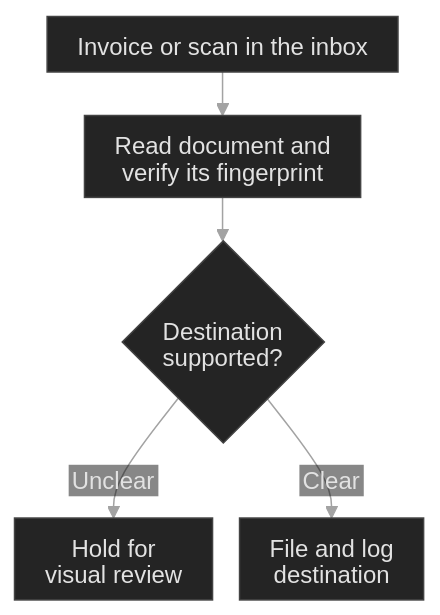
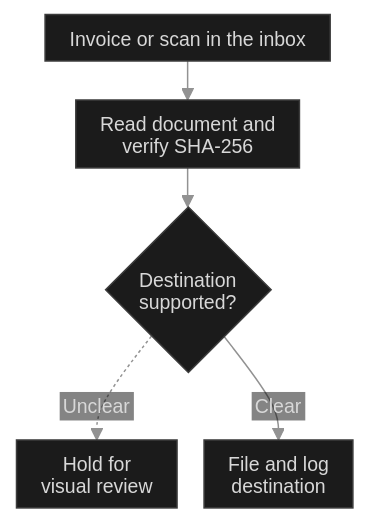
One commit to kazuall/finance-process-portfolio changed the diagram in diagrams/invoice-intake-compact.mmd. Above: the diagram before and after it, drawn with Mermaid. The commit also changed 43 other files, not shown here.

```diff
--- a/diagrams/invoice-intake-compact.mmd
+++ b/diagrams/invoice-intake-compact.mmd
@@ -1,33 +1,33 @@
 ---
 config:
   theme: base
   htmlLabels: false
   themeVariables:
     darkMode: true
-    background: '#101010'
+    background: '#0a0a0a'
     fontFamily: 'Inter, -apple-system, BlinkMacSystemFont, Segoe UI, sans-serif'
-    fontSize: '16px'
-    primaryColor: '#242424'
-    primaryTextColor: '#e2e2e2'
-    primaryBorderColor: '#434343'
-    lineColor: '#a3a3a3'
-    edgeLabelBackground: '#101010'
-    textColor: '#cdcdcd'
+    fontSize: '13px'
+    primaryColor: '#1b1b1b'
+    primaryTextColor: '#d8d8d8'
+    primaryBorderColor: '#3c3c3c'
+    lineColor: '#929292'
+    edgeLabelBackground: '#0a0a0a'
+    textColor: '#d8d8d8'
   flowchart:
     htmlLabels: false
     useMaxWidth: false
     nodeSpacing: 18
-    rankSpacing: 29
-    wrappingWidth: 245
-    padding: 10
+    rankSpacing: 26
+    wrappingWidth: 220
+    padding: 8
     diagramPadding: 5
     curve: basis
-  themeCSS: 'text,tspan{font-family:system-ui,sans-serif!important}.node rect.label-container{rx:3px;ry:3px}.node rect,.node polygon,.flowchart-link{stroke-width:1px!important}.edgeLabel .labelBkg{fill:#101010!important;opacity:1!important}.edgeLabel text{fill:#c4c4c4!important}'
+  themeCSS: 'text,tspan{font-family:system-ui,sans-serif!important;font-weight:400!important}.node rect.label-container{rx:3px;ry:3px}.node rect,.node polygon,.flowchart-link{stroke-width:.85px!important}.edgeLabel .labelBkg{fill:#0a0a0a!important;opacity:1!important}.edgeLabel text{fill:#bebebe!important}'
 ---
 flowchart TB
   accTitle: Invoice intake
   accDescr: Downloads and manually supplied scans reach document intake. The original is fingerprinted. Documents with a clear type and destination are filed with a trace. Unclear documents stay in the review queue.
-  drop["Invoice or scan in the inbox"] --> read["Read document and<br/>verify its fingerprint"]
+  drop["Invoice or scan in the inbox"] --> read["Read document and<br/>verify SHA-256"]
   read --> route{"Destination<br/>supported?"}
-  route -->|Unclear| review["Hold for<br/>visual review"]
+  route -.->|Unclear| review["Hold for<br/>visual review"]
   route -->|Clear| file["File and log<br/>destination"]
```
